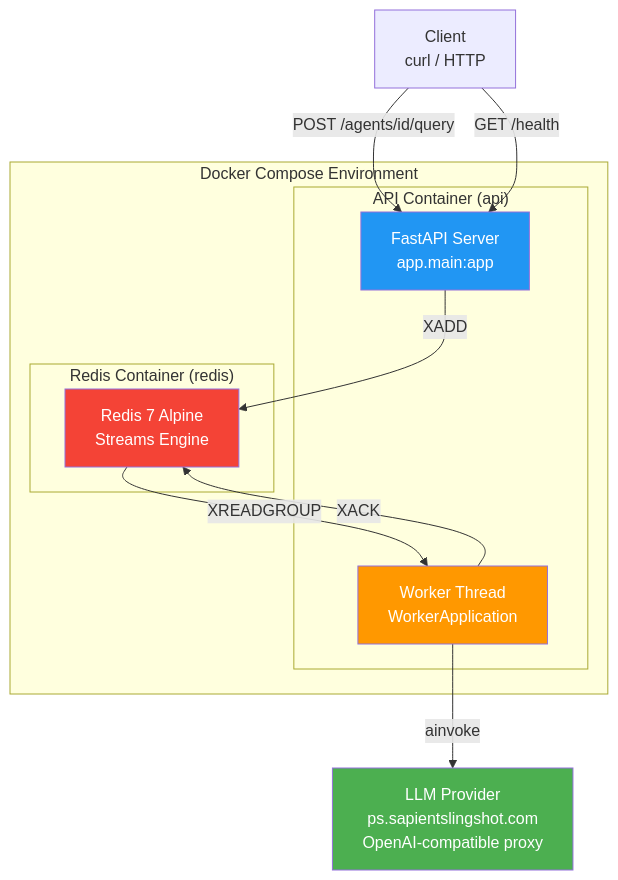
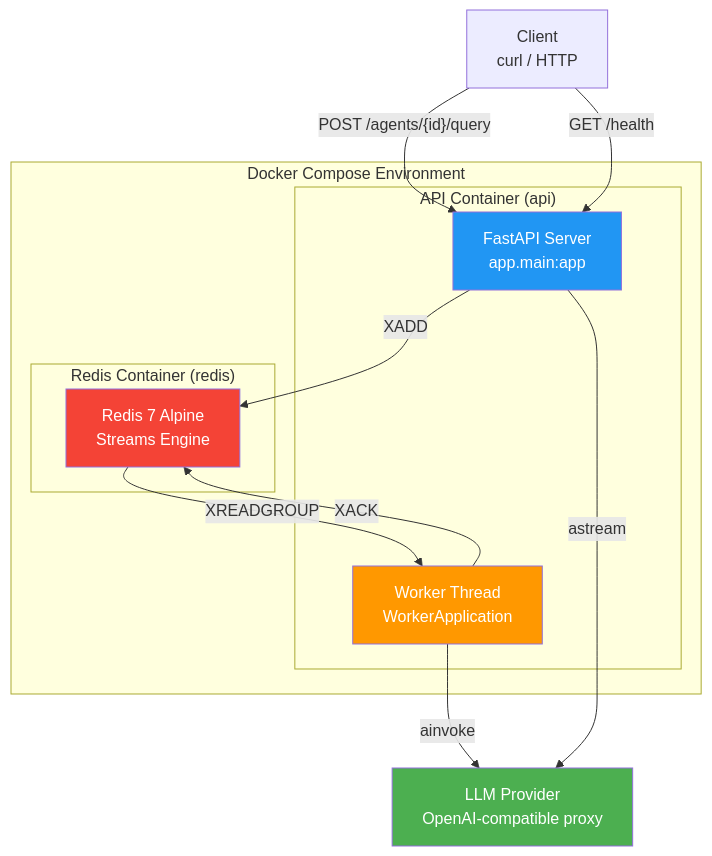
The second of 4 diagrams in README.md (lkiitkgp/new-repo), drawn with Mermaid before and after one commit. The commit also changed other lines of this file, not shown here.

````diff
--- a/README.md
+++ b/README.md
@@ -66,25 +73,26 @@
 ```mermaid
 graph TB
     subgraph "Docker Compose Environment"
         subgraph "API Container (api)"
             A[FastAPI Server<br/>app.main:app]
             B[Worker Thread<br/>WorkerApplication]
         end
 
         subgraph "Redis Container (redis)"
             C[Redis 7 Alpine<br/>Streams Engine]
         end
     end
 
-    D[Client<br/>curl / HTTP] -->|POST /agents/id/query| A
-    D -->|GET /health| A
+    D[Client<br/>curl / HTTP] -->|"POST /agents/{id}/query"| A
+    D -->|"GET /health"| A
     A -->|XADD| C
     C -->|XREADGROUP| B
     B -->|XACK| C
-    B -->|ainvoke| E[LLM Provider<br/>ps.sapientslingshot.com<br/>OpenAI-compatible proxy]
+    B -->|ainvoke| E[LLM Provider<br/>OpenAI-compatible proxy]
+    A -->|astream| E
 
     style A fill:#2196F3,color:#fff
     style B fill:#FF9800,color:#fff
     style C fill:#f44336,color:#fff
     style E fill:#4CAF50,color:#fff
 ```
````
